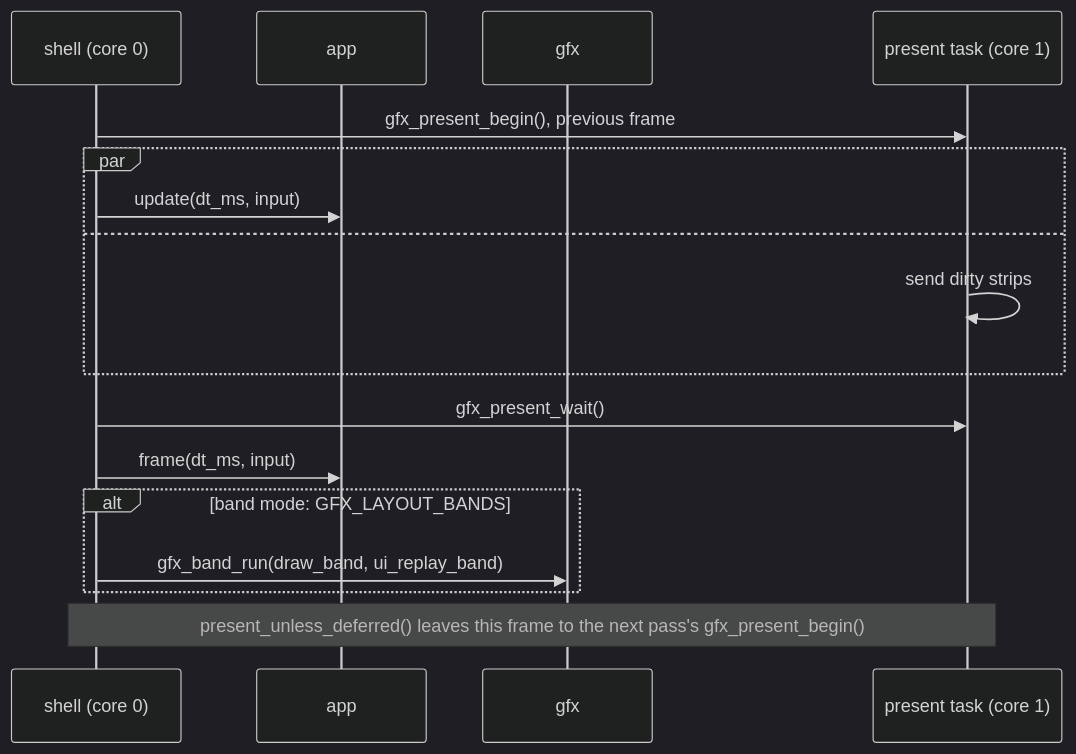
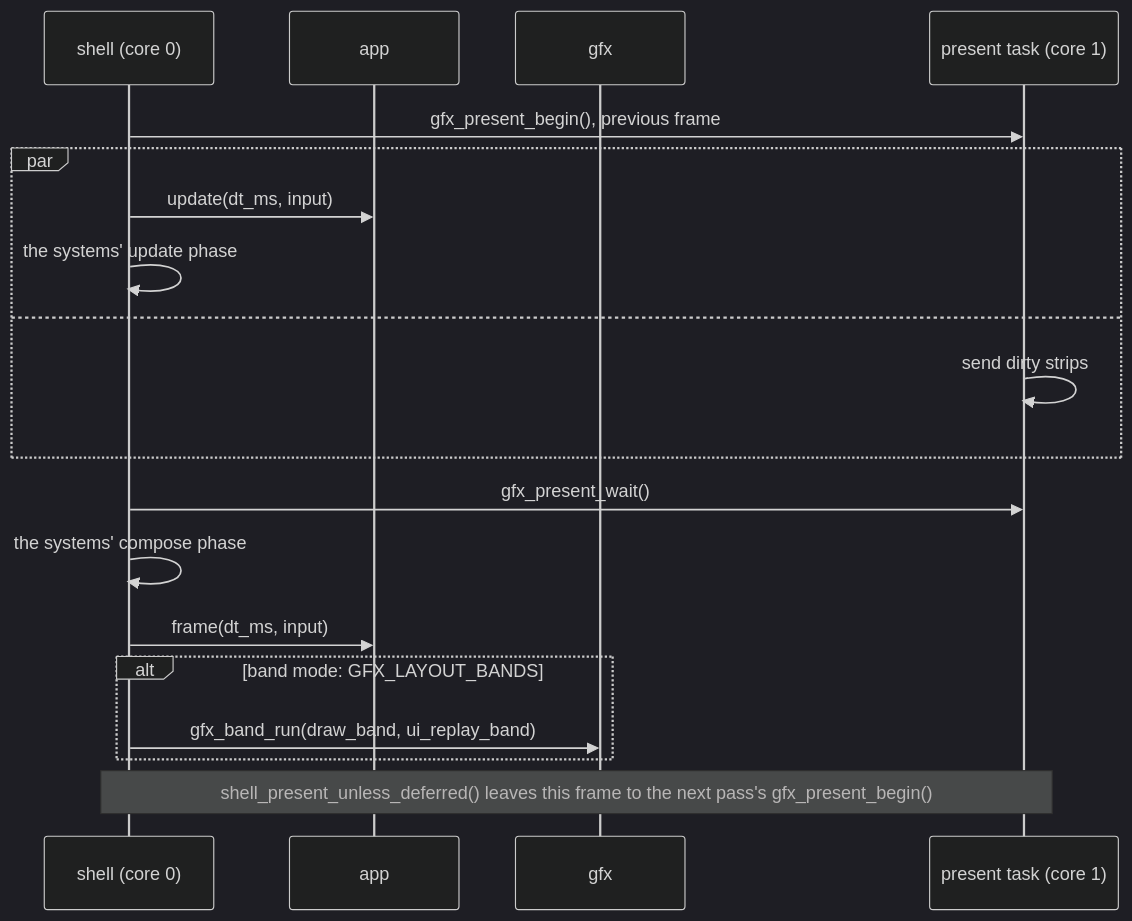
Before and after one commit to jose-villegas/autana: the third of 3 diagrams in docs/Building-an-App.md, drawn with Mermaid (dark theme). The commit also changed other lines of this file and 7 other files, not shown here.

First line of the commit message:
docs: the shell is shell/, and its engine systems are a registry

````diff
--- a/docs/Building-an-App.md
+++ b/docs/Building-an-App.md
@@ -163,19 +168,21 @@
 ```mermaid
 sequenceDiagram
     participant S as shell (core 0)
     participant A as app
     participant G as gfx
     participant P as present task (core 1)
     S->>P: gfx_present_begin(), previous frame
     par
         S->>A: update(dt_ms, input)
+        S->>S: the systems' update phase
     and
         P->>P: send dirty strips
     end
     S->>P: gfx_present_wait()
+    S->>S: the systems' compose phase
     S->>A: frame(dt_ms, input)
     alt band mode: GFX_LAYOUT_BANDS
         S->>G: gfx_band_run(draw_band, ui_replay_band)
     end
-    Note over S,P: present_unless_deferred() leaves this frame to the next pass's gfx_present_begin()
+    Note over S,P: shell_present_unless_deferred() leaves this frame to the next pass's gfx_present_begin()
 ```
````
